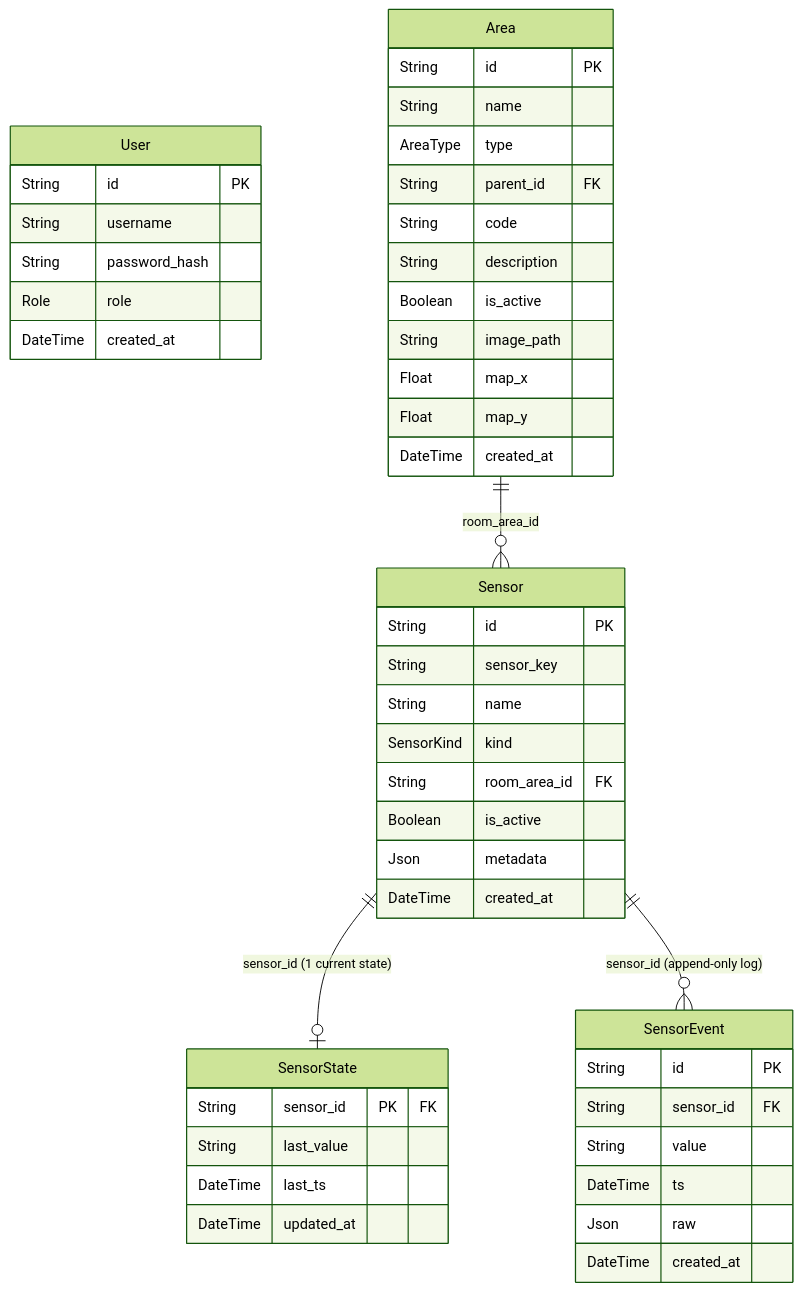
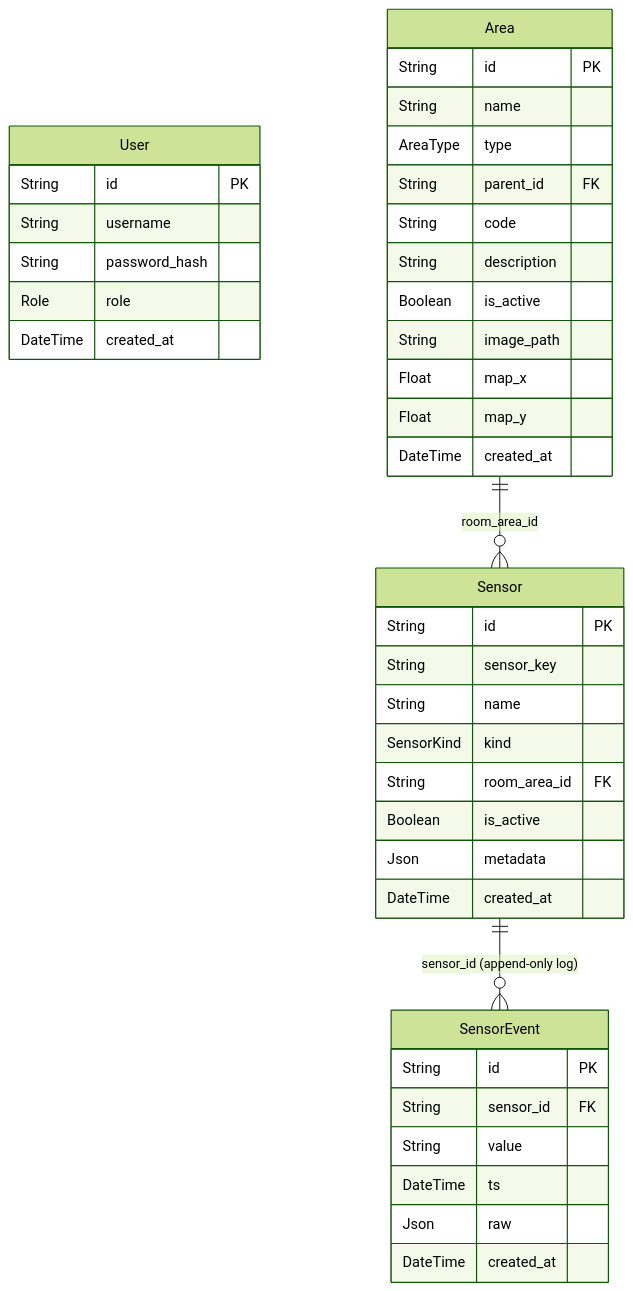
The diagram in docs/design.md (AdmiralArutoto/Active-Room-Monitoring-System), drawn with Mermaid (forest theme) before and after one commit. The commit also changed other lines of this file and 22 other files, not shown here.

````diff
--- a/docs/design.md
+++ b/docs/design.md
@@ -7,51 +7,44 @@
 ```mermaid
 erDiagram
     User {
         String   id          PK
         String   username
         String   password_hash
         Role     role
         DateTime created_at
     }
     Area {
         String   id          PK
         String   name
         AreaType type
         String   parent_id   FK
         String   code
         String   description
         Boolean  is_active
         String   image_path
         Float    map_x
         Float    map_y
         DateTime created_at
     }
     Sensor {
         String     id           PK
         String     sensor_key
         String     name
         SensorKind kind
         String     room_area_id FK
         Boolean    is_active
         Json       metadata
         DateTime   created_at
     }
-    SensorState {
-        String   sensor_id PK "FK"
-        String   last_value
-        DateTime last_ts
-        DateTime updated_at
-    }
     SensorEvent {
         String   id        PK
         String   sensor_id FK
         String   value
         DateTime ts
         Json     raw
         DateTime created_at
     }
 
     Area        ||--o{ Sensor      : "room_area_id"
-    Sensor      ||--o| SensorState : "sensor_id (1 current state)"
     Sensor      ||--o{ SensorEvent : "sensor_id (append-only log)"
 ```
````
